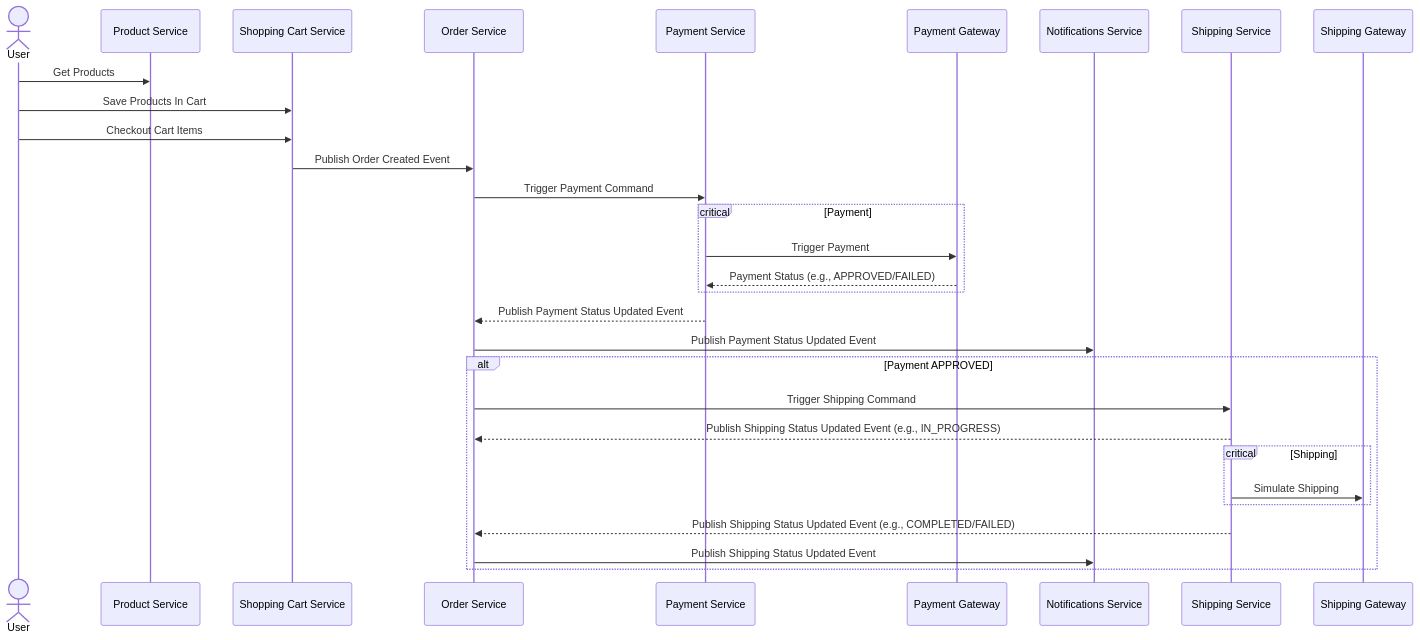
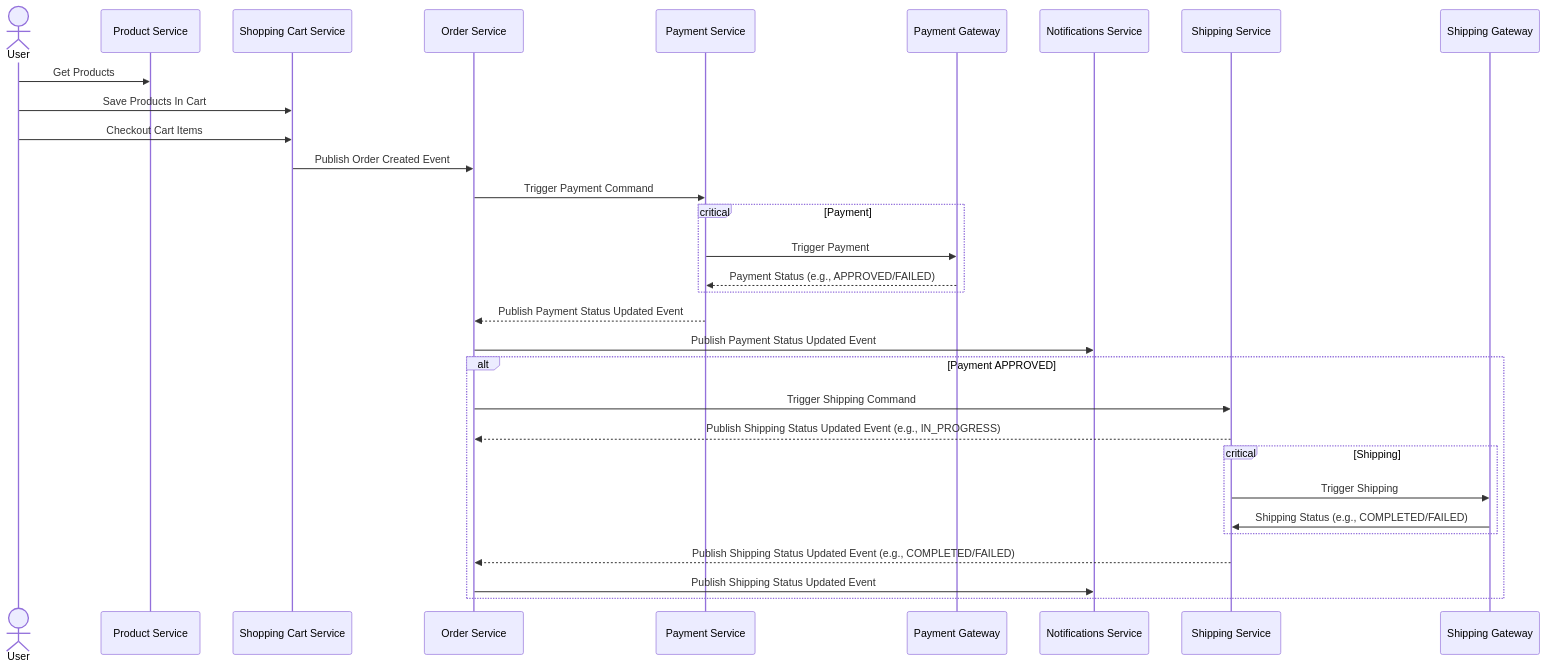
The first of 2 diagrams in README.md (ionutbalosin/ecommerce-app), drawn with Mermaid before and after one commit.

Commit message:
Update shipping service to a hexagonal architecture

````diff
--- a/README.md
+++ b/README.md
@@ -70,24 +70,25 @@
 ```mermaid
 sequenceDiagram
 actor User
 User->>Product Service: Get Products
 User->>Shopping Cart Service: Save Products In Cart
 User->>Shopping Cart Service: Checkout Cart Items
 Shopping Cart Service->>Order Service: Publish Order Created Event
 Order Service->>Payment Service: Trigger Payment Command
 critical Payment
     Payment Service->>Payment Gateway: Trigger Payment
     Payment Gateway-->>Payment Service: Payment Status (e.g., APPROVED/FAILED)
 end
 Payment Service-->>Order Service: Publish Payment Status Updated Event
 Order Service->>Notifications Service: Publish Payment Status Updated Event
 alt Payment APPROVED
 Order Service->>Shipping Service: Trigger Shipping Command
 Shipping Service-->>Order Service: Publish Shipping Status Updated Event (e.g., IN_PROGRESS)
 critical Shipping
-    Shipping Service->>Shipping Gateway: Simulate Shipping
+    Shipping Service->>Shipping Gateway: Trigger Shipping
+    Shipping Gateway->>Shipping Service: Shipping Status (e.g., COMPLETED/FAILED)
 end
 Shipping Service-->>Order Service: Publish Shipping Status Updated Event (e.g., COMPLETED/FAILED)
 Order Service->>Notifications Service: Publish Shipping Status Updated Event
 end
 ```
````
